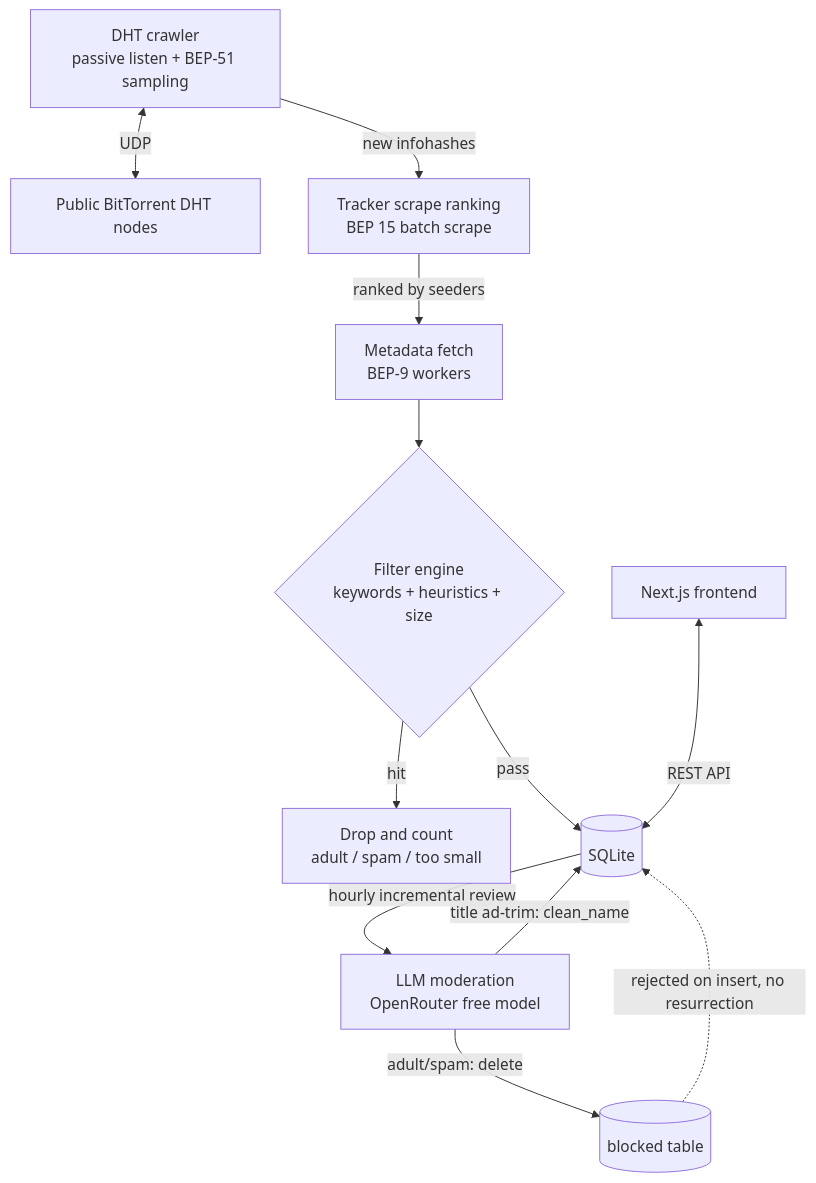
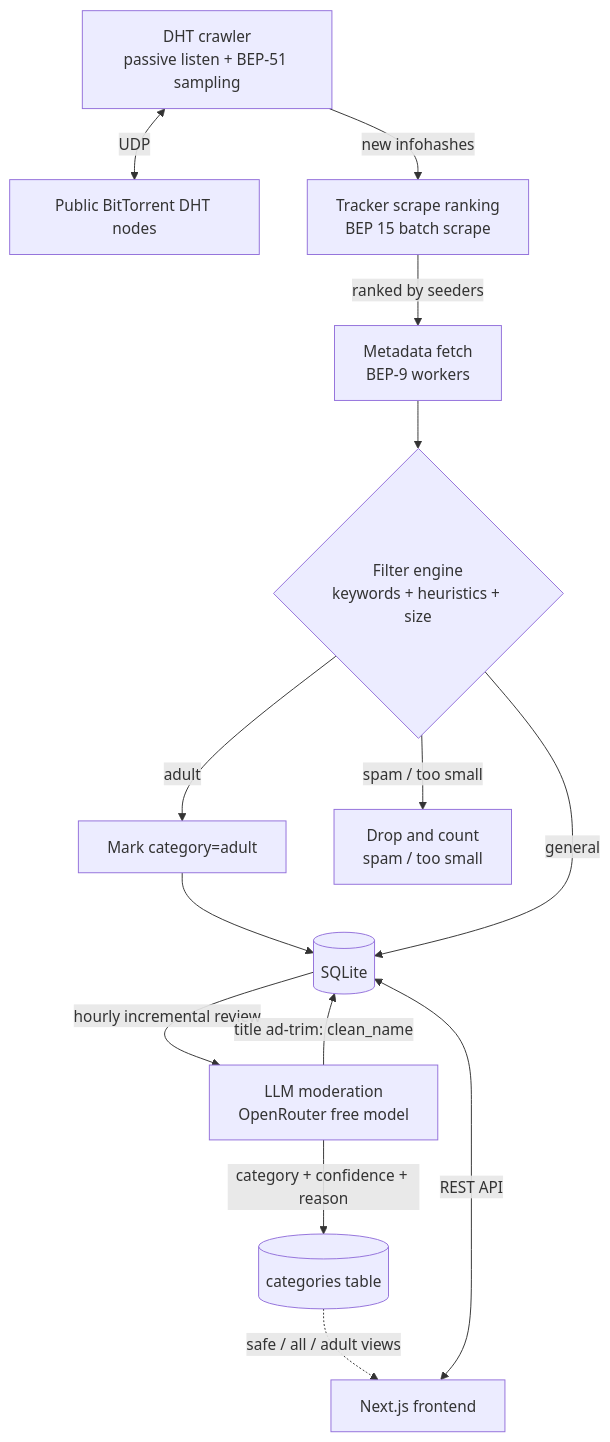
One commit to madeye/dhtsearch changed the diagram in README.md. Above: the diagram before and after it, drawn with Mermaid. The commit also changed other lines of this file and 15 other files, not shown here.

````diff
--- a/README.md
+++ b/README.md
@@ -11,25 +11,28 @@
 ```mermaid
 flowchart TB
     DHT["Public BitTorrent DHT nodes"]
     Crawler["DHT crawler<br/>passive listen + BEP-51 sampling"]
     Scraper["Tracker scrape ranking<br/>BEP 15 batch scrape"]
     Fetcher["Metadata fetch<br/>BEP-9 workers"]
     Filter{"Filter engine<br/>keywords + heuristics + size"}
-    Discard["Drop and count<br/>adult / spam / too small"]
+    Adult["Mark category=adult"]
+    Discard["Drop and count<br/>spam / too small"]
     DB[("SQLite")]
     Web["Next.js frontend"]
     Mod["LLM moderation<br/>OpenRouter free model"]
-    Blocked[("blocked table")]
+    Categories[("categories table")]
 
     Crawler <-->|UDP| DHT
     Crawler -->|new infohashes| Scraper
     Scraper -->|ranked by seeders| Fetcher
     Fetcher --> Filter
-    Filter -->|hit| Discard
-    Filter -->|pass| DB
+	Filter -->|adult| Adult
+	Adult --> DB
+	Filter -->|spam / too small| Discard
+	Filter -->|general| DB
     Web <-->|REST API| DB
     DB -->|hourly incremental review| Mod
-    Mod -->|adult/spam: delete| Blocked
-    Mod -->|title ad-trim: clean_name| DB
-    Blocked -.->|rejected on insert, no resurrection| DB
+	Mod -->|category + confidence + reason| Categories
+	Mod -->|title ad-trim: clean_name| DB
+	Categories -.->|safe / all / adult views| Web
 ```
````
